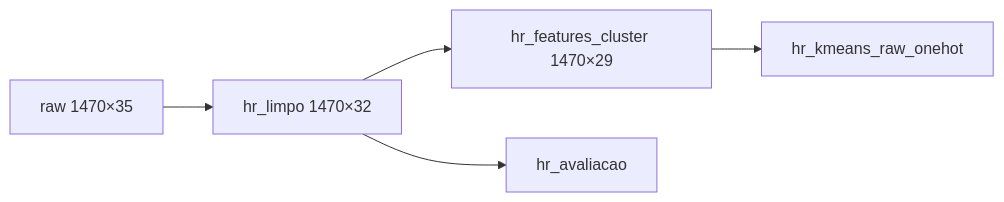
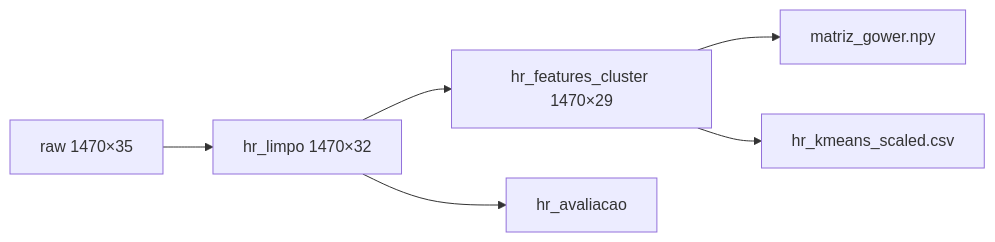
One commit to carloseomartinsdev/PeopleCluster changed the diagram in docs/preparacao.md. Above: the diagram before and after it, drawn with Mermaid. The commit also changed other lines of this file and 73 other files, not shown here.

````diff
--- a/docs/preparacao.md
+++ b/docs/preparacao.md
@@ -16,7 +17,8 @@
 ```mermaid
 flowchart LR
   A[raw 1470×35] --> B[hr_limpo 1470×32]
   B --> C[hr_features_cluster 1470×29]
   B --> D[hr_avaliacao]
-  C --> E[hr_kmeans_raw_onehot]
+  C --> E[matriz_gower.npy]
+  C --> F[hr_kmeans_scaled.csv]
 ```
````
